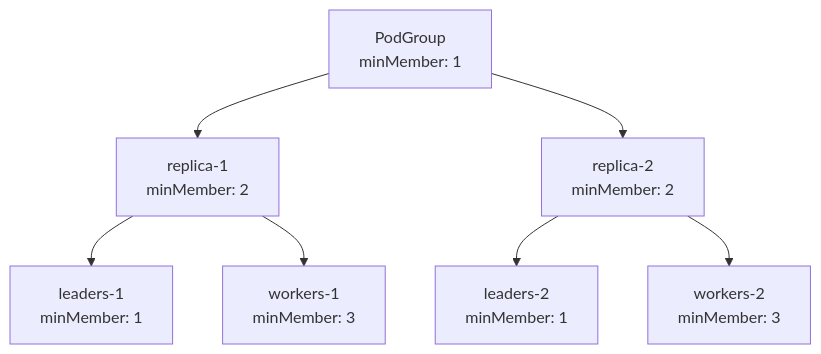
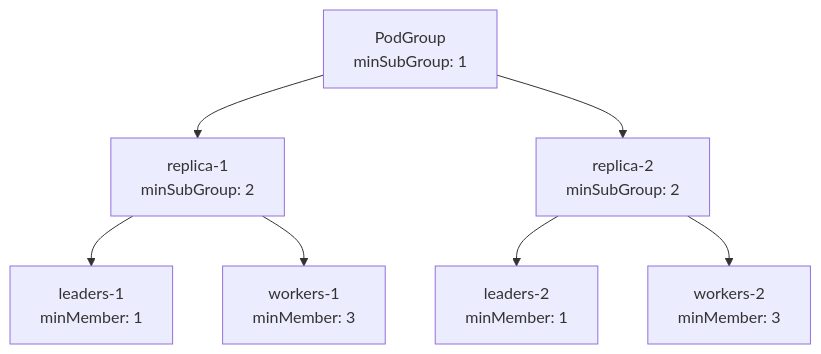
The fourth of 4 diagrams in docs/developer/designs/hierarchical-podgroup/README.md (kai-scheduler/KAI-Scheduler), drawn with Mermaid before and after one commit. The commit also changed other lines of this file and 6 other files, not shown here.

Commit message:
Update kai docs for minSubGroups

````diff
--- a/docs/developer/designs/hierarchical-podgroup/README.md
+++ b/docs/developer/designs/hierarchical-podgroup/README.md
@@ -291,20 +278,20 @@
 ```mermaid
 graph TD
-    PG[PodGroup<br>minMember: 1]
+    PG[PodGroup<br>minSubGroup: 1]
 
-    Replica1[replica-1<br>minMember: 2]
+    Replica1[replica-1<br>minSubGroup: 2]
     Leader1[leaders-1<br>minMember: 1]
     Worker1[workers-1<br>minMember: 3]
 
-    Replica2[replica-2<br>minMember: 2]
+    Replica2[replica-2<br>minSubGroup: 2]
     Leader2[leaders-2<br>minMember: 1]
     Worker2[workers-2<br>minMember: 3]
 
     PG --> Replica1
     PG --> Replica2
 
     Replica1 --> Leader1
     Replica1 --> Worker1
     Replica2 --> Leader2
     Replica2 --> Worker2
 ```
````
